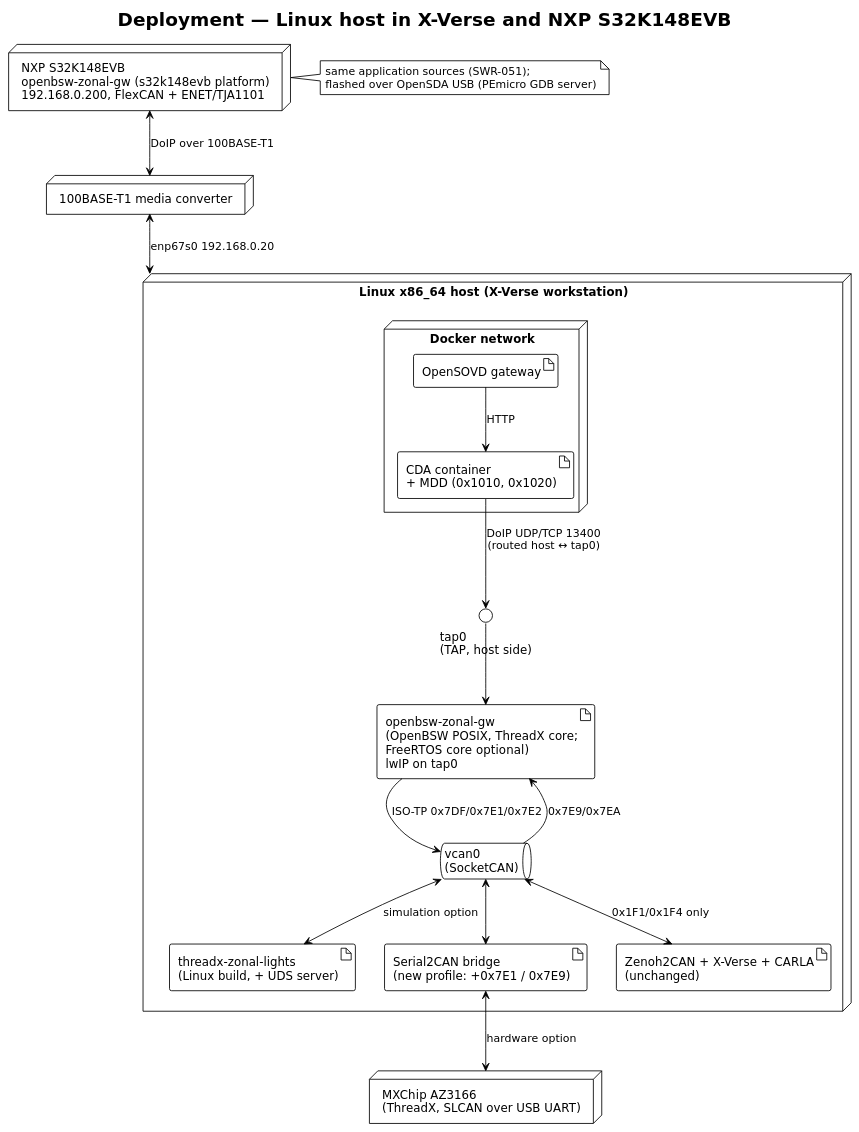
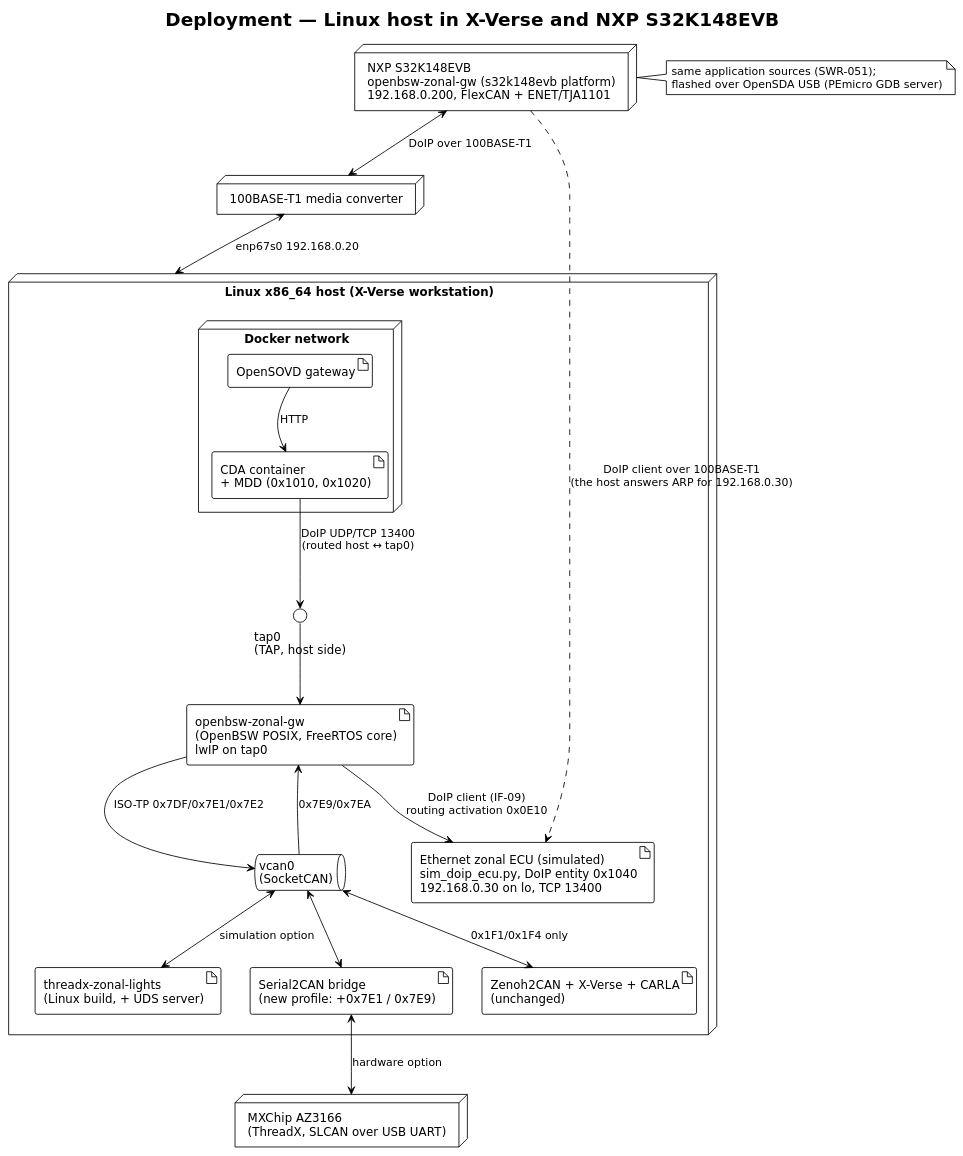
Before and after one commit to Eclipse-SDV-Hackathon-Chapter-Four/Thinking_CAPs: the diagram in OpenBSW/aspice/swe2-architecture/diagrams/deployment.puml, drawn with PlantUML. The commit also changed 118 other files, not shown here.

```diff
--- a/OpenBSW/aspice/swe2-architecture/diagrams/deployment.puml
+++ b/OpenBSW/aspice/swe2-architecture/diagrams/deployment.puml
@@ -1,36 +1,39 @@
 @startuml deployment
 !theme plain
 skinparam defaultFontName "DejaVu Sans"
 skinparam shadowing false
 title Deployment — Linux host in X-Verse and NXP S32K148EVB
 
 node "Linux x86_64 host (X-Verse workstation)" as H {
   node "Docker network" as DN {
     artifact "OpenSOVD gateway" as SOVD
     artifact "CDA container\n+ MDD (0x1010, 0x1020)" as CDA
   }
   interface "tap0\n(TAP, host side)" as TAP
-  artifact "openbsw-zonal-gw\n(OpenBSW POSIX, ThreadX core;\nFreeRTOS core optional)\nlwIP on tap0" as GW
+  artifact "openbsw-zonal-gw\n(OpenBSW POSIX, FreeRTOS core)\nlwIP on tap0" as GW
   queue "vcan0\n(SocketCAN)" as VCAN
   artifact "threadx-zonal-lights\n(Linux build, + UDS server)" as TXL
   artifact "Serial2CAN bridge\n(new profile: +0x7E1 / 0x7E9)" as S2C
   artifact "Zenoh2CAN + X-Verse + CARLA\n(unchanged)" as XV
+  artifact "Ethernet zonal ECU (simulated)\nsim_doip_ecu.py, DoIP entity 0x1040\n192.168.0.30 on lo, TCP 13400" as EZ
 }
 
 node "MXChip AZ3166\n(ThreadX, SLCAN over USB UART)" as AZ
 node "NXP S32K148EVB\nopenbsw-zonal-gw (s32k148evb platform)\n192.168.0.200, FlexCAN + ENET/TJA1101" as S32
 
 SOVD --> CDA : HTTP
 CDA --> TAP : DoIP UDP/TCP 13400\n(routed host ↔ tap0)
 TAP --> GW
+GW --> EZ : DoIP client (IF-09)\nrouting activation 0x0E10
 GW --> VCAN : ISO-TP 0x7DF/0x7E1/0x7E2
 VCAN --> GW : 0x7E9/0x7EA
 VCAN <--> TXL : simulation option
 VCAN <--> S2C
 S2C <--> AZ : hardware option
 VCAN <--> XV : 0x1F1/0x1F4 only
 node "100BASE-T1 media converter" as MC
 S32 <--> MC : DoIP over 100BASE-T1
 MC <--> H : enp67s0 192.168.0.20
+S32 ..> EZ : DoIP client over 100BASE-T1\n(the host answers ARP for 192.168.0.30)
 note right of S32 : same application sources (SWR-051);\nflashed over OpenSDA USB (PEmicro GDB server)
 @enduml
```
